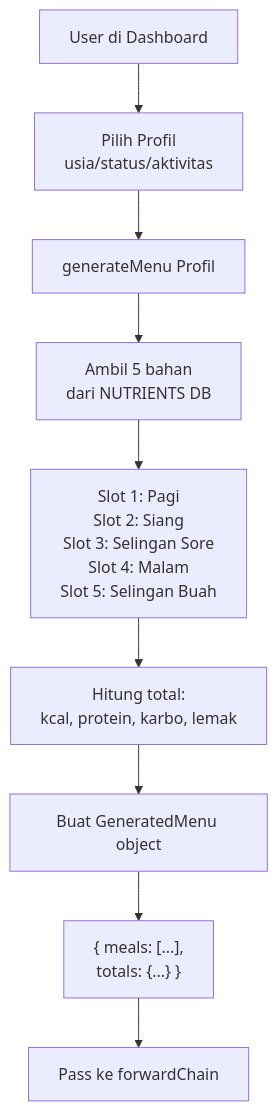
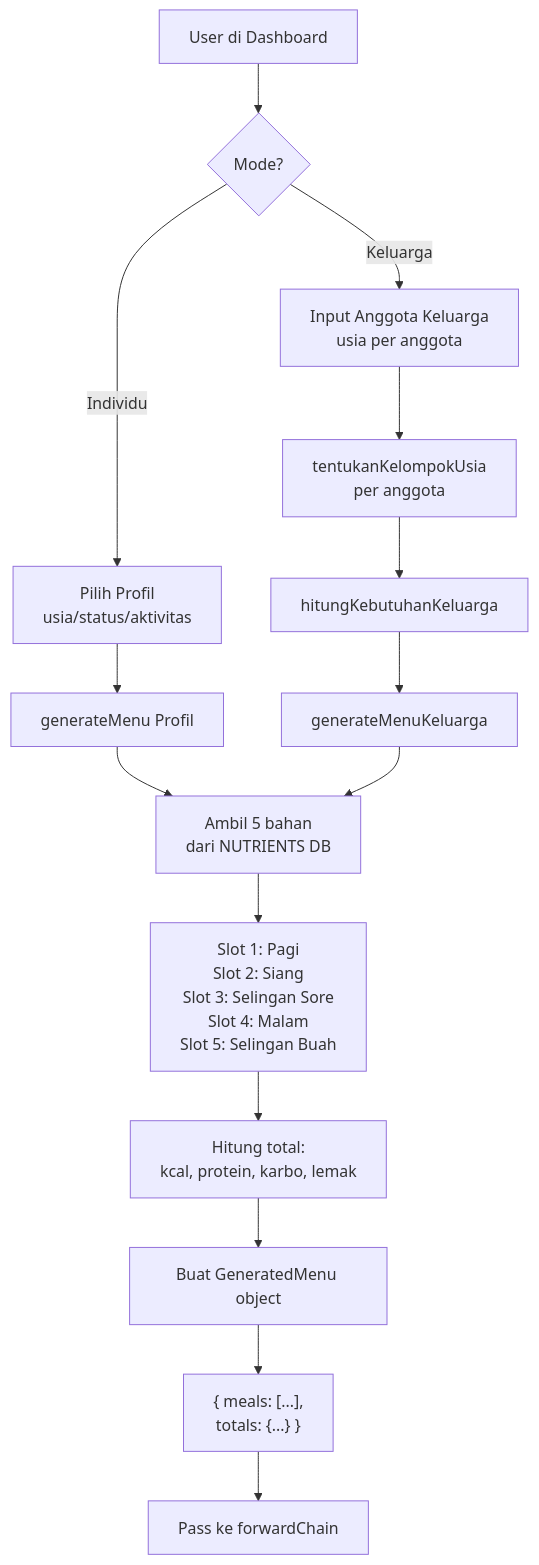
Before and after one commit to emojibanana/menu-giziku: the second of 6 diagrams in FLOWCHART_SISTEM.md, drawn with Mermaid. The commit also changed other lines of this file and 1 other file, not shown here.

Commit message:
docs: update README & flowchart untuk fitur menu keluarga

````diff
--- a/FLOWCHART_SISTEM.md
+++ b/FLOWCHART_SISTEM.md
@@ -26,11 +26,20 @@
 ```mermaid
 flowchart TD
-    A[User di Dashboard] --> B[Pilih Profil<br/>usia/status/aktivitas]
-    B --> C[generateMenu Profil]
-    C --> D[Ambil 5 bahan<br/>dari NUTRIENTS DB]
-    D --> E["Slot 1: Pagi<br/>Slot 2: Siang<br/>Slot 3: Selingan Sore<br/>Slot 4: Malam<br/>Slot 5: Selingan Buah"]
-    E --> F[Hitung total:<br/>kcal, protein, karbo, lemak]
-    F --> G[Buat GeneratedMenu object]
-    G --> H["{ meals: [...],<br/>totals: {...} }"]
-    H --> I[Pass ke forwardChain]
+    A[User di Dashboard] --> B{Mode?}
+    B -->|Individu| C[Pilih Profil<br/>usia/status/aktivitas]
+    B -->|Keluarga| K[Input Anggota Keluarga<br/>usia per anggota]
+
+    C --> D[generateMenu Profil]
+    K --> L[tentukanKelompokUsia<br/>per anggota]
+    L --> M[hitungKebutuhanKeluarga]
+    M --> N[generateMenuKeluarga]
+
+    D --> O[Ambil 5 bahan<br/>dari NUTRIENTS DB]
+    N --> O
+
+    O --> P["Slot 1: Pagi<br/>Slot 2: Siang<br/>Slot 3: Selingan Sore<br/>Slot 4: Malam<br/>Slot 5: Selingan Buah"]
+    P --> Q[Hitung total:<br/>kcal, protein, karbo, lemak]
+    Q --> R[Buat GeneratedMenu object]
+    R --> S["{ meals: [...],<br/>totals: {...} }"]
+    S --> T[Pass ke forwardChain]
 ```
````
